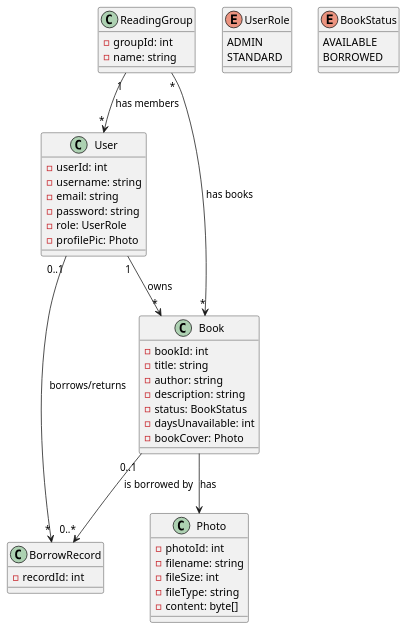
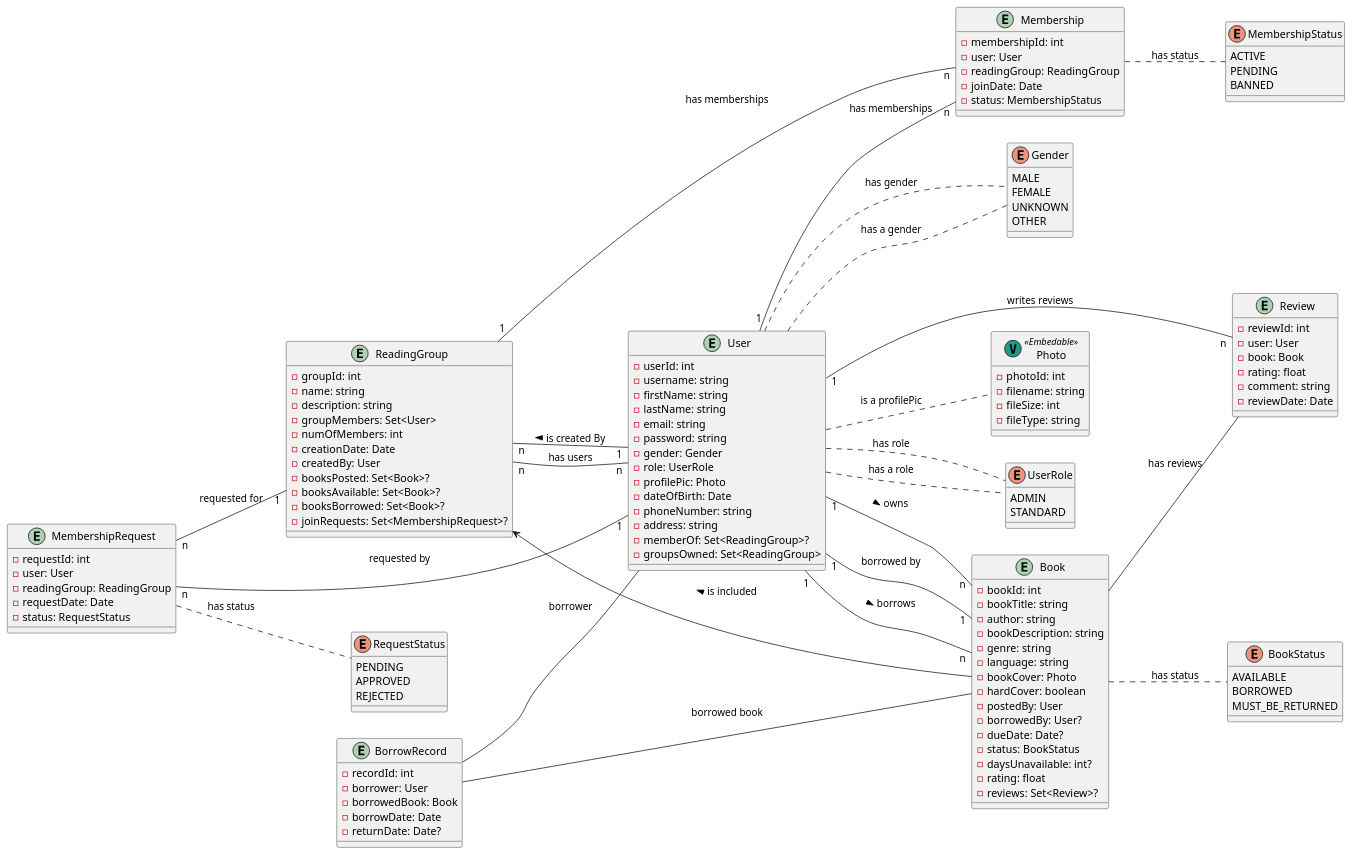
One commit to magdalinamihova/temp1 changed the diagram in src/main/plantuml/pos-project.puml. Above: the diagram before and after it, drawn with PlantUML.

Commit message:
somewhat finalized UML diagram

```diff
--- a/src/main/plantuml/pos-project.puml
+++ b/src/main/plantuml/pos-project.puml
@@ -1,56 +1,147 @@
 @startuml
 
-class User {
+left to right direction
+
+entity User {
   -userId: int
   -username: string
+  -firstName: string
+  -lastName: string
   -email: string
   -password: string
+  -gender: Gender
   -role: UserRole
   -profilePic: Photo
+  -dateOfBirth: Date
+  -phoneNumber: string
+  -address: string
+  -memberOf: Set<ReadingGroup>?
+  -groupsOwned: Set<ReadingGroup>
 }
 
 enum UserRole {
   ADMIN
   STANDARD
 }
 
-class Book {
+enum Gender {
+  MALE
+  FEMALE
+  UNKNOWN
+  OTHER
+}
+
+entity Book {
   -bookId: int
-  -title: string
+  -bookTitle: string
   -author: string
-  -description: string
+  -bookDescription: string
+  -genre: string
+  - language: string
+  -bookCover: Photo
+  -hardCover: boolean
+  -postedBy: User
+  -borrowedBy: User?
+  -dueDate: Date?
   -status: BookStatus
-  -daysUnavailable: int
-  -bookCover: Photo
+  -daysUnavailable: int?
+  -rating: float
+  -reviews: Set<Review>?
 }
 
 enum BookStatus {
   AVAILABLE
   BORROWED
+  MUST_BE_RETURNED
 }
 
-class ReadingGroup {
+entity ReadingGroup {
   -groupId: int
   -name: string
+  -description: string
+  -groupMembers: Set<User>
+  -numOfMembers: int
+  -creationDate: Date
+  -createdBy: User
+  -booksPosted: Set<Book>?
+  -booksAvailable: Set<Book>?
+  -booksBorrowed: Set<Book>?
+  -joinRequests: Set<MembershipRequest>?
 }
 
-class BorrowRecord {
-  -recordId: int
+entity Membership {
+  -membershipId: int
+  -user: User
+  -readingGroup: ReadingGroup
+  -joinDate: Date
+  -status: MembershipStatus
 }
 
-class Photo {
+enum MembershipStatus {
+  ACTIVE
+  PENDING
+  BANNED
+}
+
+entity MembershipRequest {
+  -requestId: int
+  -user: User
+  -readingGroup: ReadingGroup
+  -requestDate: Date
+  -status: RequestStatus
+}
+
+enum RequestStatus {
+  PENDING
+  APPROVED
+  REJECTED
+}
+
+entity Review {
+  -reviewId: int
+  -user: User
+  -book: Book
+  -rating: float
+  -comment: string
+  -reviewDate: Date
+}
+
+entity BorrowRecord {
+  -recordId: int
+  -borrower: User
+  -borrowedBook: Book
+  -borrowDate: Date
+  -returnDate: Date?
+}
+
+class Photo << (V,#229988) Embedable>> {
   -photoId: int
   -filename: string
   -fileSize: int
   -fileType: string
-  -content: byte[]
 }
 
-User "1" --> "*" Book : owns
-User "0..1" --> "*" BorrowRecord : borrows/returns
-Book "0..1" --> "0..*" BorrowRecord : is borrowed by
-Book --> Photo : has
-ReadingGroup "*" --> "*" Book : has books
-ReadingGroup "1" --> "*" User : has members
+User .. UserRole : has a role
+User .. Photo : is a profilePic
+User .. Gender : has a gender
+User "1" -- "n" Book : > borrows
+User "1" -- "n" Book : > owns
+Book "1" -- "1" User :  borrowed by
+ReadingGroup "n" -- "n" User : has users
+ReadingGroup "n" -- "1" User : < is created By
+ReadingGroup <-- Book : < is included
+BorrowRecord -- User : borrower
+BorrowRecord -- Book : borrowed book
+Book -- Review : has reviews
+User "1" -- "n" Review : writes reviews
+User "1" -- "n" Membership : has memberships
+ReadingGroup "1" -- "n" Membership : has memberships
+MembershipRequest "n" -- "1" User : requested by
+MembershipRequest "n" -- "1" ReadingGroup : requested for
+User .. Gender : has gender
+User .. UserRole : has role
+Book .. BookStatus : has status
+Membership .. MembershipStatus : has status
+MembershipRequest .. RequestStatus : has status
 
 @enduml
```
